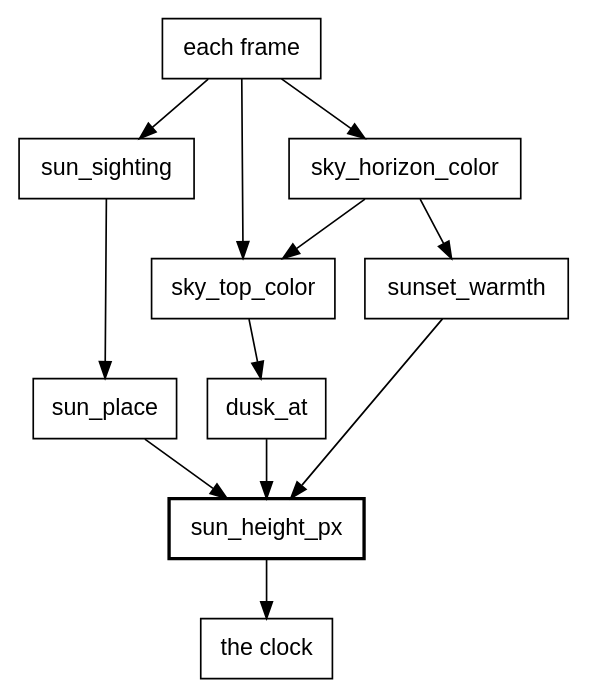
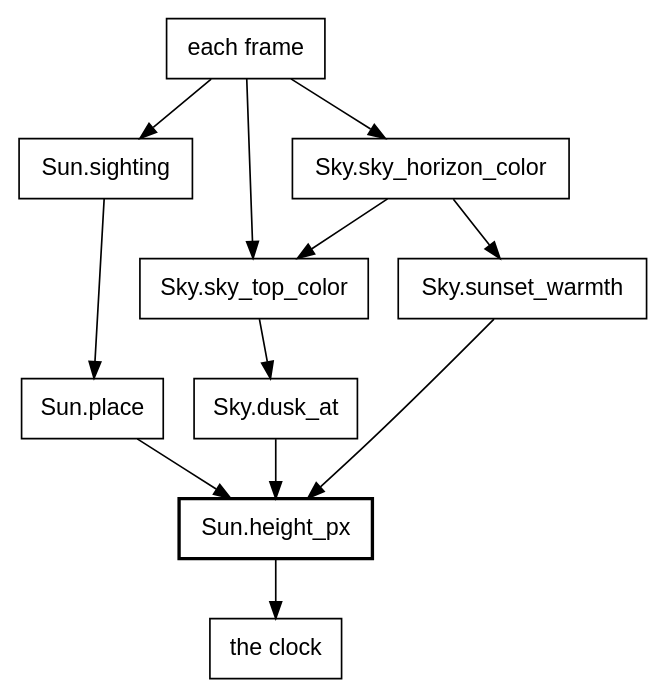
One commit to showell/roc-apps changed the ninth of 29 diagrams in canvas_apps/safari/tutorial/tutorial.md. Above: the diagram before and after it, drawn with Graphviz. The commit also changed other lines of this file and 11 other files, not shown here.

First line of the commit message:
Sun moves out of Sky: the sun is the cause, and the sky is one of its effects

````diff
--- a/canvas_apps/safari/tutorial/tutorial.md
+++ b/canvas_apps/safari/tutorial/tutorial.md
@@ -946,19 +944,19 @@
 ```dot
 digraph sunset {
   node [shape=box, fontname="Helvetica"];
   frame [label="each frame"];
-  frame -> sun_sighting;
-  frame -> sky_top_color;
-  frame -> sky_horizon_color;
-  sun_sighting -> sun_place;
-  sky_top_color -> dusk_at;
-  sky_horizon_color -> sky_top_color;
-  sky_horizon_color -> sunset_warmth;
-  sun_place -> sun_height_px;
-  dusk_at -> sun_height_px;
-  sunset_warmth -> sun_height_px;
-  sun_height_px [style=bold];
+  frame -> "Sun.sighting";
+  frame -> "Sky.sky_top_color";
+  frame -> "Sky.sky_horizon_color";
+  "Sun.sighting" -> "Sun.place";
+  "Sky.sky_top_color" -> "Sky.dusk_at";
+  "Sky.sky_horizon_color" -> "Sky.sky_top_color";
+  "Sky.sky_horizon_color" -> "Sky.sunset_warmth";
+  "Sun.place" -> "Sun.height_px";
+  "Sky.dusk_at" -> "Sun.height_px";
+  "Sky.sunset_warmth" -> "Sun.height_px";
+  "Sun.height_px" [style=bold];
   clock [label="the clock"];
-  sun_height_px -> clock;
+  "Sun.height_px" -> clock;
 }
 ```
````
